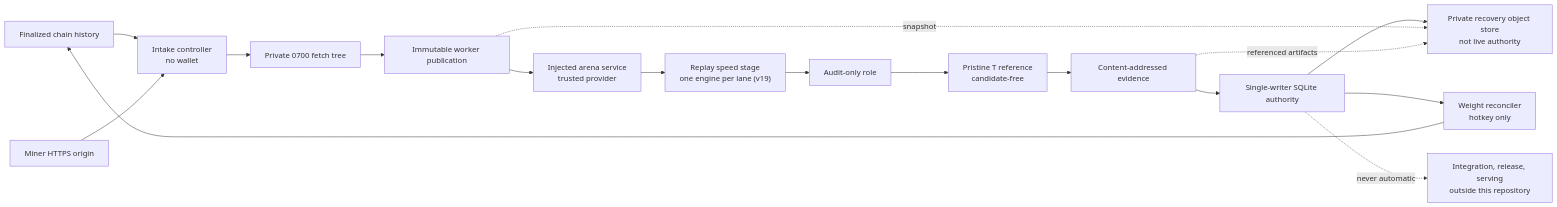
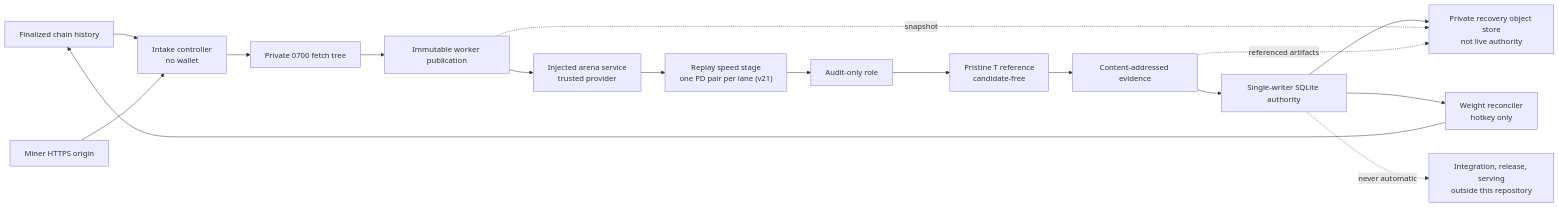
Before and after one commit to latent-to/cacheon: the diagram in docs/validator-guide/overview.md, drawn with Mermaid. The commit also changed other lines of this file and 73 other files, not shown here.

````diff
--- a/docs/validator-guide/overview.md
+++ b/docs/validator-guide/overview.md
@@ -20,19 +20,19 @@
 ```mermaid
 flowchart LR
     Chain["Finalized chain history"] --> Intake["Intake controller<br/>no wallet"]
     Origin["Miner HTTPS origin"] --> Intake
     Intake --> Private["Private 0700 fetch tree"]
     Private --> Publication["Immutable worker publication"]
     Publication --> Arena["Injected arena service<br/>trusted provider"]
-    Arena --> OCI["Replay speed stage<br/>one engine per lane (v19)"]
+    Arena --> OCI["Replay speed stage<br/>one PD pair per lane (v21)"]
     OCI --> Audit["Audit-only role"]
     Audit --> T["Pristine T reference<br/>candidate-free"]
     T --> Evidence["Content-addressed evidence"]
     Evidence --> Store["Single-writer SQLite authority"]
     Store --> Recovery["Private recovery object store<br/>not live authority"]
     Publication -. "snapshot" .-> Recovery
     Evidence -. "referenced artifacts" .-> Recovery
     Store --> Signer["Weight reconciler<br/>hotkey only"]
     Signer --> Chain
     Store -. "never automatic" .-> Integration["Integration, release, serving<br/>outside this repository"]
 ```
````
